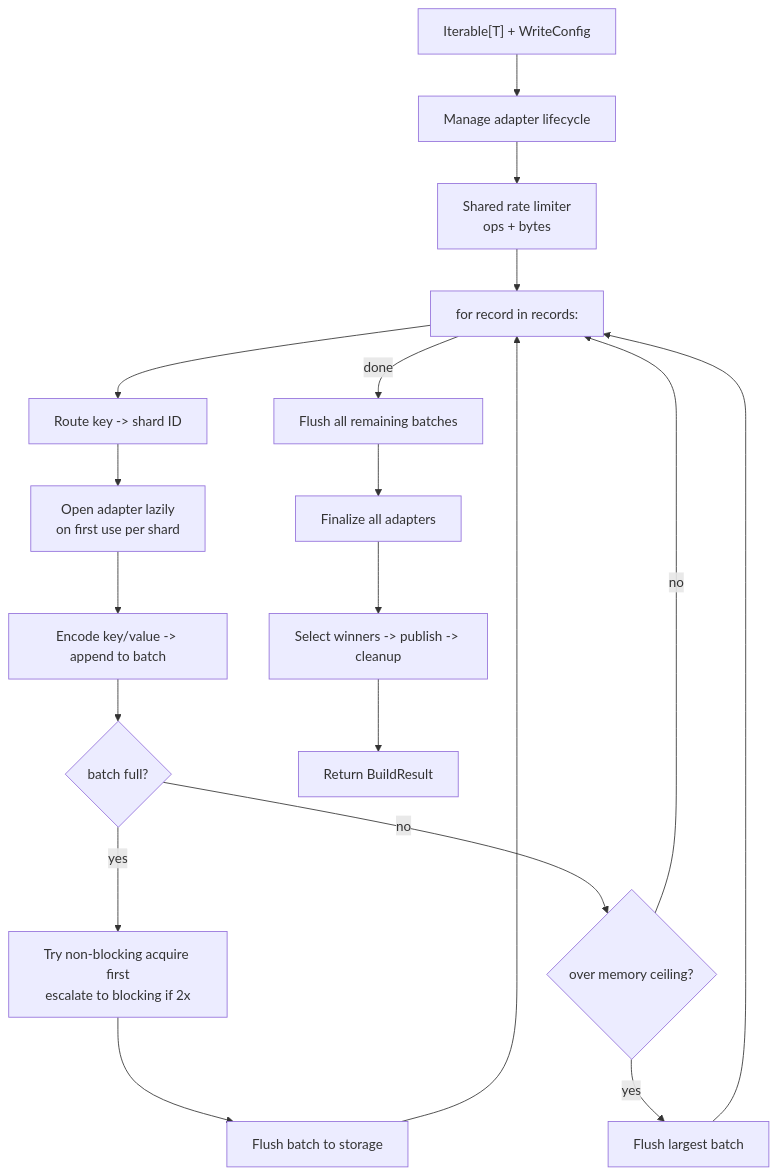
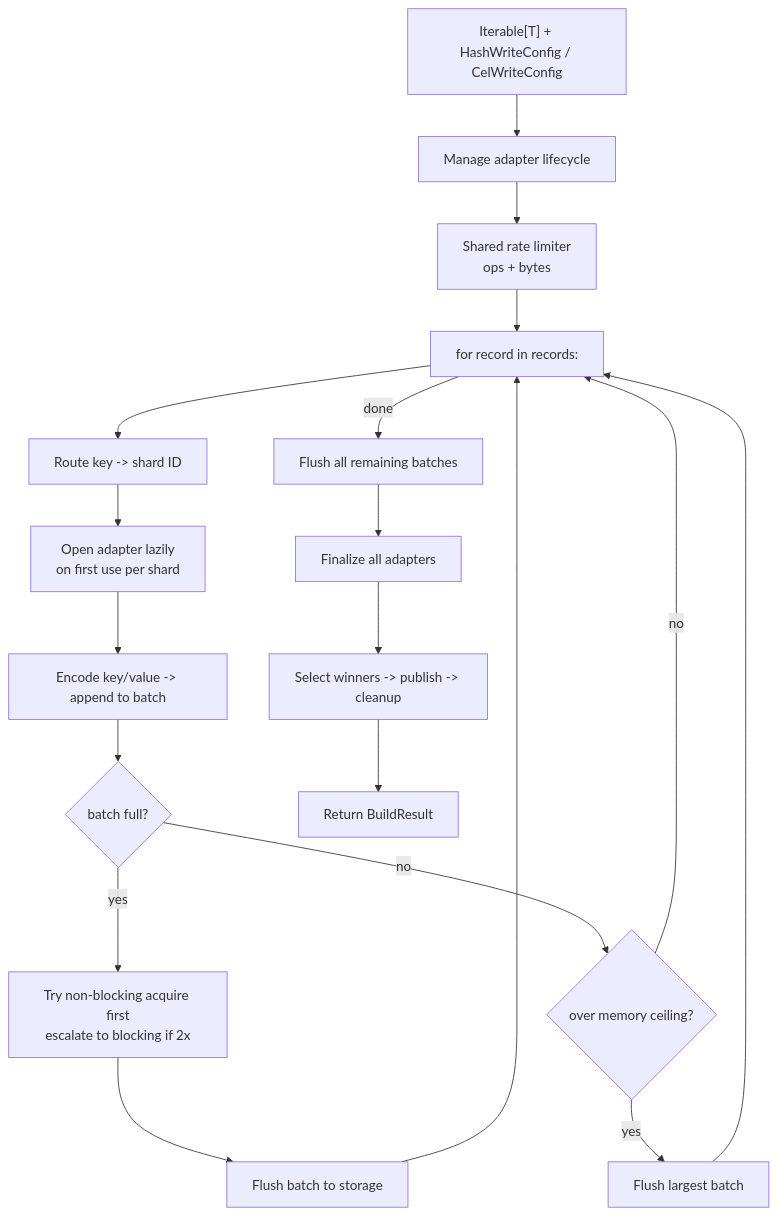
The first of 2 diagrams in docs/use-cases/kv-storage/build/python.md (elkin/shardyfusion), drawn with Mermaid before and after one commit. The commit also changed other lines of this file and 11 other files, not shown here.

First line of the commit message:
docs: update writer docs for split hash/cel API

````diff
--- a/docs/use-cases/kv-storage/build/python.md
+++ b/docs/use-cases/kv-storage/build/python.md
@@ -72,21 +98,21 @@
 ```mermaid
 flowchart TD
-    A["Iterable[T] + WriteConfig"] --> B["Manage adapter lifecycle"]
+    A["Iterable[T] + HashWriteConfig / CelWriteConfig"] --> B["Manage adapter lifecycle"]
     B --> C["Shared rate limiter<br/>ops + bytes"]
     C --> D["for record in records:"]
     D --> E["Route key -> shard ID"]
     E --> F["Open adapter lazily<br/>on first use per shard"]
     F --> G["Encode key/value -> append to batch"]
     G --> H{"batch full?"}
     H -->|yes| I["Try non-blocking acquire first<br/>escalate to blocking if 2x"]
     H -->|no| J{"over memory ceiling?"}
     I --> K["Flush batch to storage"]
     K --> D
     J -->|yes| L["Flush largest batch"]
     J -->|no| D
     L --> D
     D -->|done| M["Flush all remaining batches"]
     M --> N["Finalize all adapters"]
     N --> O["Select winners -> publish -> cleanup"]
     O --> P[Return BuildResult]
 ```
````
